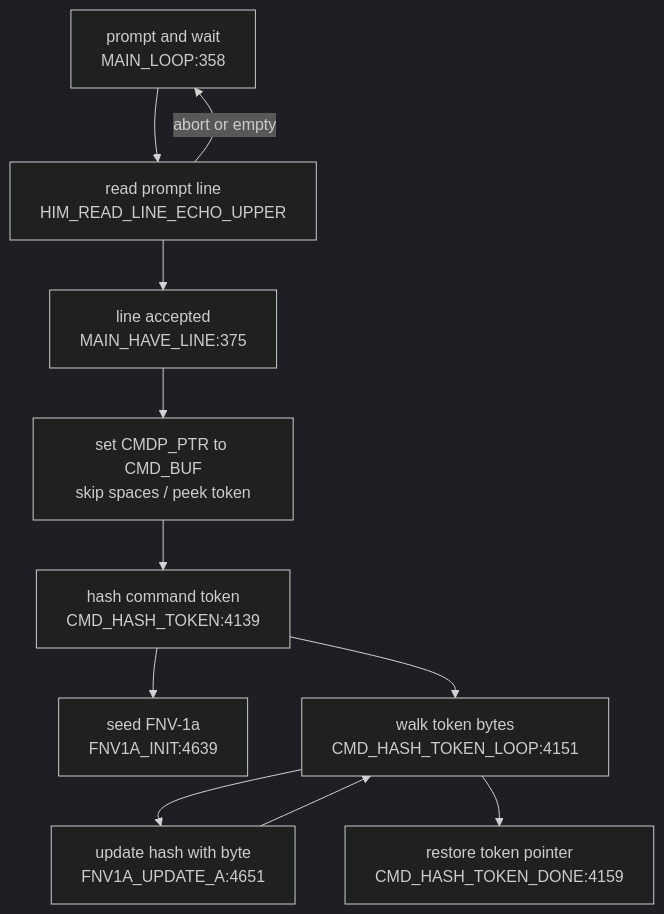
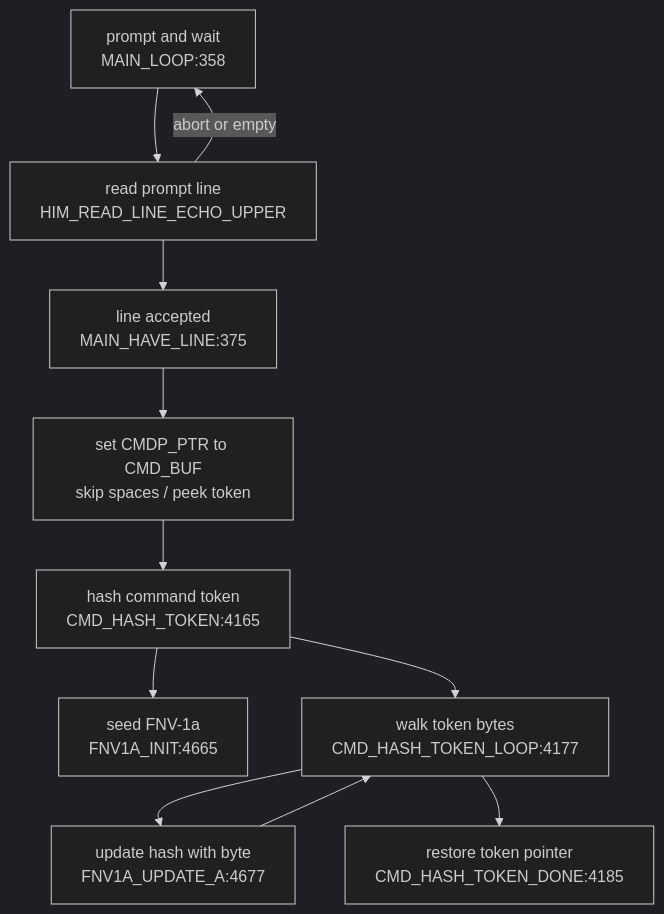
One commit to 95westus/R-YORS changed the second of 4 diagrams in DOC/GENERATED/CMD_FLOW_MAP.md. Above: the diagram before and after it, drawn with Mermaid (dark theme). The commit also changed other lines of this file and 33 other files, not shown here.

````diff
--- a/DOC/GENERATED/CMD_FLOW_MAP.md
+++ b/DOC/GENERATED/CMD_FLOW_MAP.md
@@ -24,13 +24,13 @@
 ```mermaid
 flowchart TD
     LOOP["prompt and wait<br/>MAIN_LOOP:358"] --> READ["read prompt line<br/>HIM_READ_LINE_ECHO_UPPER"]
     READ --> HAVE["line accepted<br/>MAIN_HAVE_LINE:375"]
     READ -->|abort or empty| LOOP
     HAVE --> PREP["set CMDP_PTR to CMD_BUF<br/>skip spaces / peek token"]
-    PREP --> HASH["hash command token<br/>CMD_HASH_TOKEN:4139"]
-    HASH --> FNVINIT["seed FNV-1a<br/>FNV1A_INIT:4639"]
-    HASH --> HASHLOOP["walk token bytes<br/>CMD_HASH_TOKEN_LOOP:4151"]
-    HASHLOOP --> UPDATE["update hash with byte<br/>FNV1A_UPDATE_A:4651"]
+    PREP --> HASH["hash command token<br/>CMD_HASH_TOKEN:4165"]
+    HASH --> FNVINIT["seed FNV-1a<br/>FNV1A_INIT:4665"]
+    HASH --> HASHLOOP["walk token bytes<br/>CMD_HASH_TOKEN_LOOP:4177"]
+    HASHLOOP --> UPDATE["update hash with byte<br/>FNV1A_UPDATE_A:4677"]
     UPDATE --> HASHLOOP
-    HASHLOOP --> DONE["restore token pointer<br/>CMD_HASH_TOKEN_DONE:4159"]
+    HASHLOOP --> DONE["restore token pointer<br/>CMD_HASH_TOKEN_DONE:4185"]
 ```
````
